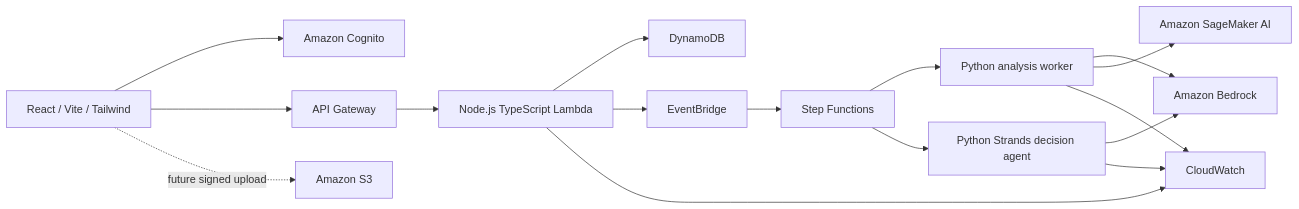
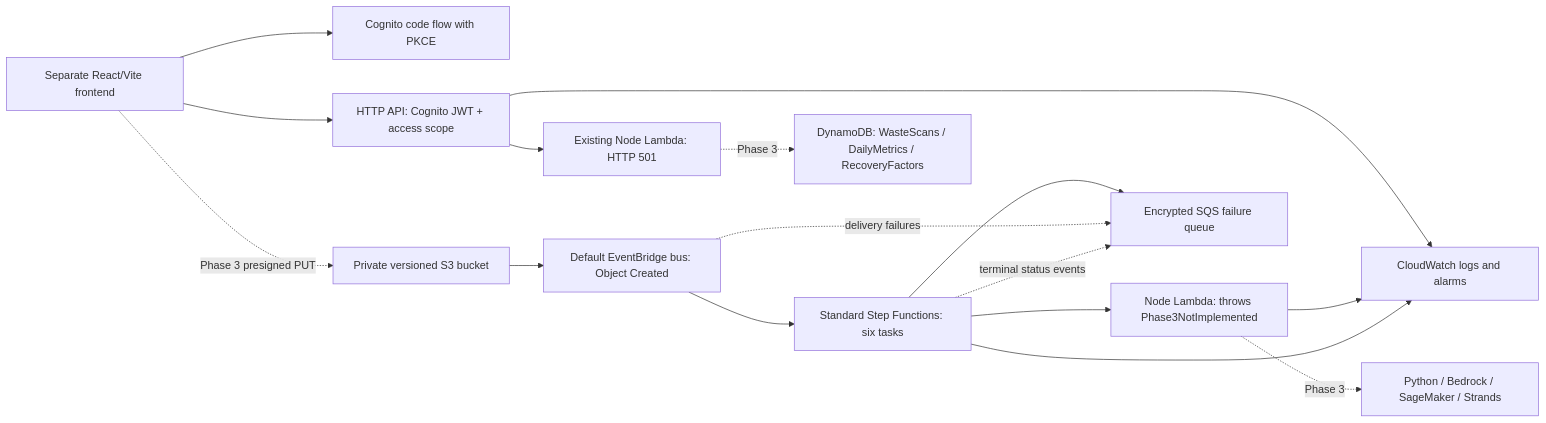
One commit to abhijit384/Waste2WattAI changed the diagram in docs/ARCHITECTURE.md. Above: the diagram before and after it, drawn with Mermaid. The commit also changed other lines of this file and 31 other files, not shown here.

````diff
--- a/docs/ARCHITECTURE.md
+++ b/docs/ARCHITECTURE.md
@@ -13,18 +10,18 @@
 ```mermaid
 flowchart LR
-  Web[React / Vite / Tailwind] --> Cognito[Amazon Cognito]
-  Web --> Gateway[API Gateway]
-  Gateway --> API[Node.js TypeScript Lambda]
-  Web -. future signed upload .-> S3[Amazon S3]
-  API --> DB[DynamoDB]
-  API --> Events[EventBridge]
-  Events --> Flow[Step Functions]
-  Flow --> Analysis[Python analysis worker]
-  Analysis --> Bedrock[Amazon Bedrock]
-  Analysis --> SageMaker[Amazon SageMaker AI]
-  Flow --> Agent[Python Strands decision agent]
-  Agent --> Bedrock
-  API --> Logs[CloudWatch]
-  Analysis --> Logs
-  Agent --> Logs
+  Web[Separate React/Vite frontend] --> Auth[Cognito code flow with PKCE]
+  Web --> API[HTTP API: Cognito JWT + access scope]
+  API --> Stub[Existing Node Lambda: HTTP 501]
+  Web -. Phase 3 presigned PUT .-> Images[Private versioned S3 bucket]
+  Images --> Events[Default EventBridge bus: Object Created]
+  Events --> Flow[Standard Step Functions: six tasks]
+  Flow --> Worker[Node Lambda: throws Phase3NotImplemented]
+  Flow --> Queue[Encrypted SQS failure queue]
+  Events -. delivery failures .-> Queue
+  Flow -. terminal status events .-> Queue
+  Stub -. Phase 3 .-> Tables[DynamoDB: WasteScans / DailyMetrics / RecoveryFactors]
+  Worker -. Phase 3 .-> AI[Python / Bedrock / SageMaker / Strands]
+  API --> Logs[CloudWatch logs and alarms]
+  Worker --> Logs
+  Flow --> Logs
 ```
````
